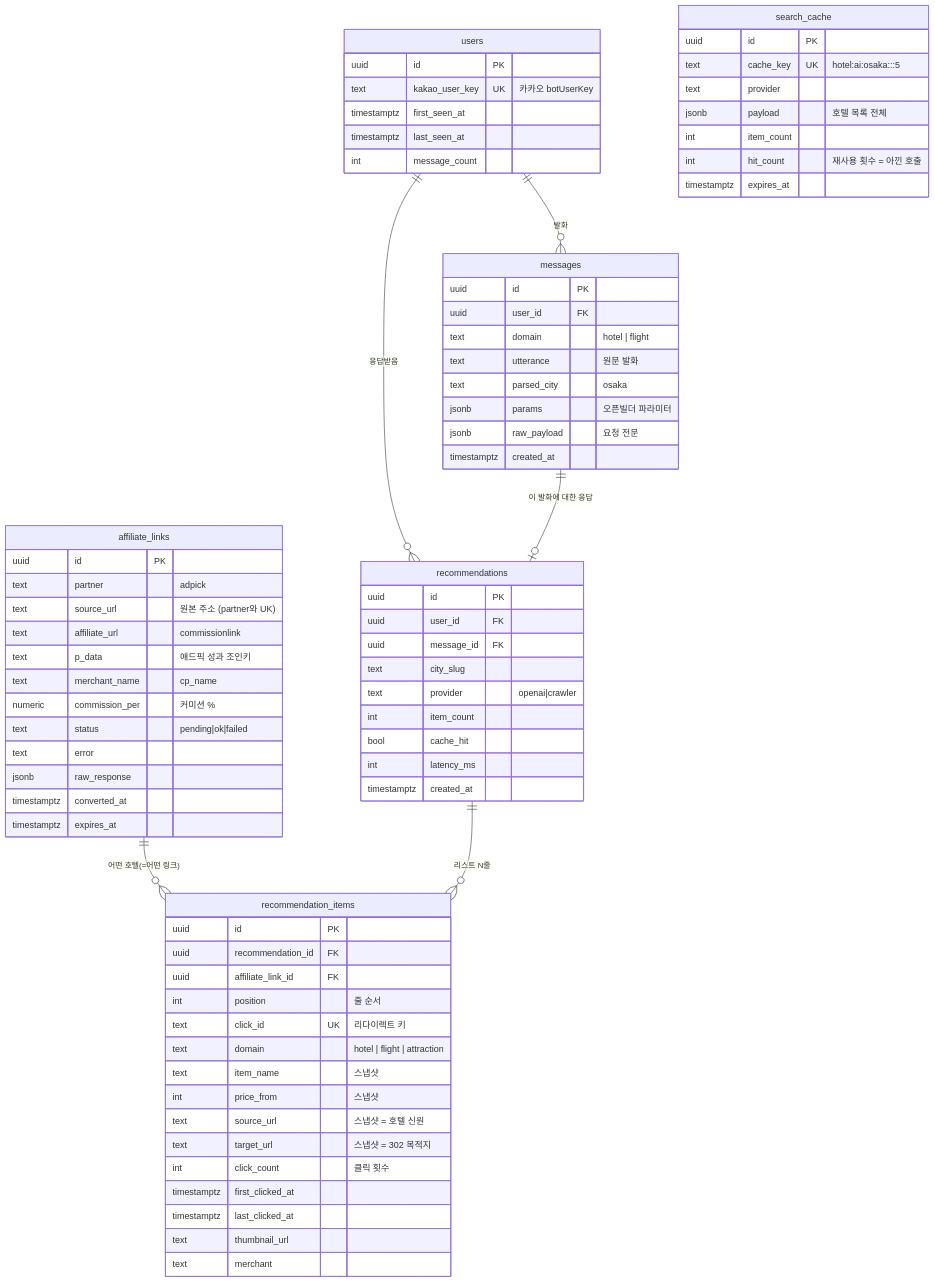
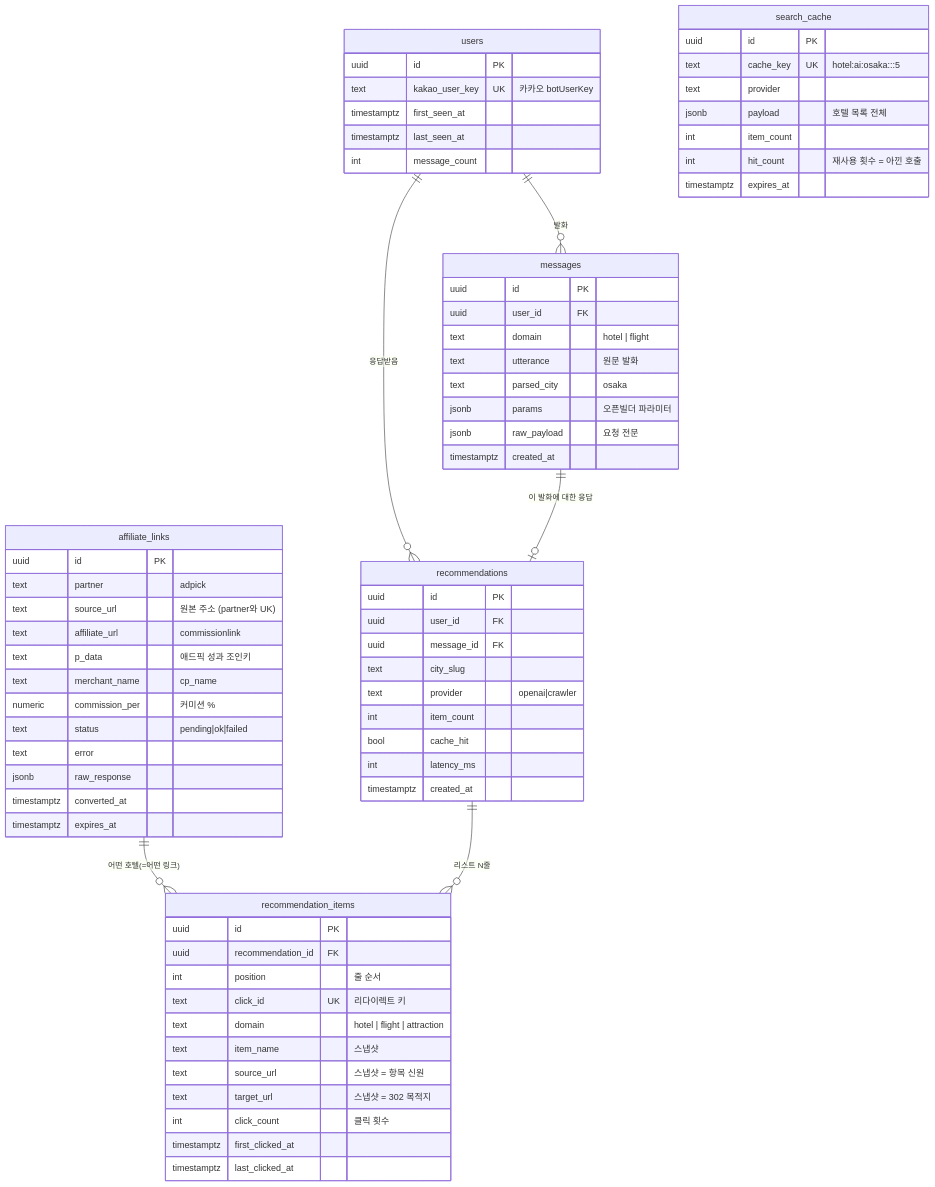
The second of 2 diagrams in docs/DB.md (kcjfgnl9205/travel-chatbot-app), drawn with Mermaid before and after one commit. The commit also changed other lines of this file and 9 other files, not shown here.

````diff
--- a/docs/DB.md
+++ b/docs/DB.md
@@ -82,77 +82,73 @@
 ```mermaid
 erDiagram
     users ||--o{ messages : "발화"
     users ||--o{ recommendations : "응답받음"
     messages ||--o| recommendations : "이 발화에 대한 응답"
     affiliate_links ||--o{ recommendation_items : "어떤 호텔(=어떤 링크)"
     recommendations ||--o{ recommendation_items : "리스트 N줄"
 
     users {
         uuid id PK
         text kakao_user_key UK "카카오 botUserKey"
         timestamptz first_seen_at
         timestamptz last_seen_at
         int message_count
     }
     messages {
         uuid id PK
         uuid user_id FK
         text domain "hotel | flight"
         text utterance "원문 발화"
         text parsed_city "osaka"
         jsonb params "오픈빌더 파라미터"
         jsonb raw_payload "요청 전문"
         timestamptz created_at
     }
     affiliate_links {
         uuid id PK
         text partner "adpick"
         text source_url "원본 주소 (partner와 UK)"
         text affiliate_url "commissionlink"
         text p_data "애드픽 성과 조인키"
         text merchant_name "cp_name"
         numeric commission_per "커미션 %"
         text status "pending|ok|failed"
         text error
         jsonb raw_response
         timestamptz converted_at
         timestamptz expires_at
     }
     search_cache {
         uuid id PK
         text cache_key UK "hotel:ai:osaka:::5"
         text provider
         jsonb payload "호텔 목록 전체"
         int item_count
         int hit_count "재사용 횟수 = 아낀 호출"
         timestamptz expires_at
     }
     recommendations {
         uuid id PK
         uuid user_id FK
         uuid message_id FK
         text city_slug
         text provider "openai|crawler"
         int item_count
         bool cache_hit
         int latency_ms
         timestamptz created_at
     }
     recommendation_items {
         uuid id PK
         uuid recommendation_id FK
-        uuid affiliate_link_id FK
         int position "줄 순서"
         text click_id UK "리다이렉트 키"
         text domain "hotel | flight | attraction"
         text item_name "스냅샷"
-        int price_from "스냅샷"
-        text source_url "스냅샷 = 호텔 신원"
+        text source_url "스냅샷 = 항목 신원"
         text target_url "스냅샷 = 302 목적지"
         int click_count "클릭 횟수"
         timestamptz first_clicked_at
         timestamptz last_clicked_at
-        text thumbnail_url
-        text merchant
     }
 ```
````
